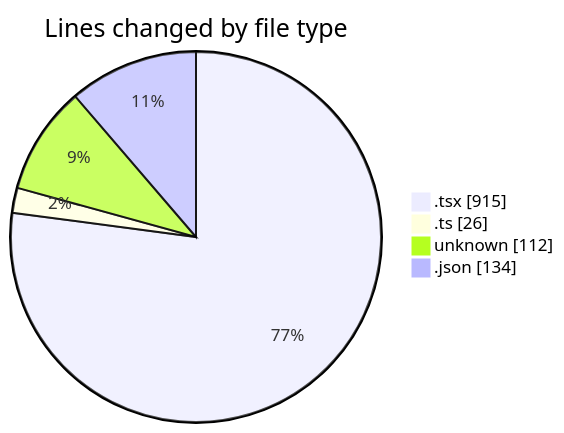
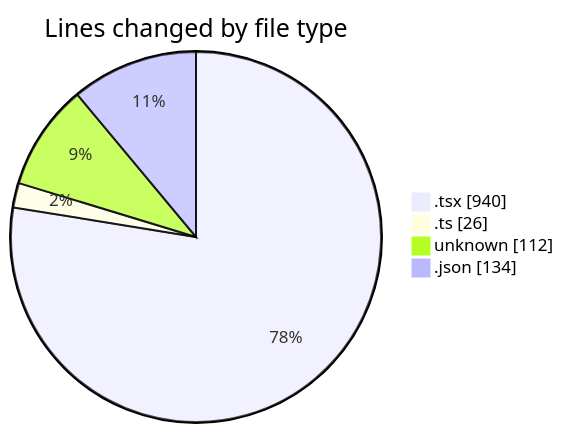
The first of 2 diagrams in 2026-04-28/cda/README.md (momahboobian/code-tracking), drawn with Mermaid before and after one commit. The commit also changed other lines of this file and 1 other file, not shown here.

````diff
--- a/2026-04-28/cda/README.md
+++ b/2026-04-28/cda/README.md
@@ -27,8 +27,8 @@
 ```mermaid
 pie showData
 title Lines changed by file type
-".tsx" : 915
+".tsx" : 940
 ".ts" : 26
 "unknown" : 112
 ".json" : 134
 ```
````
